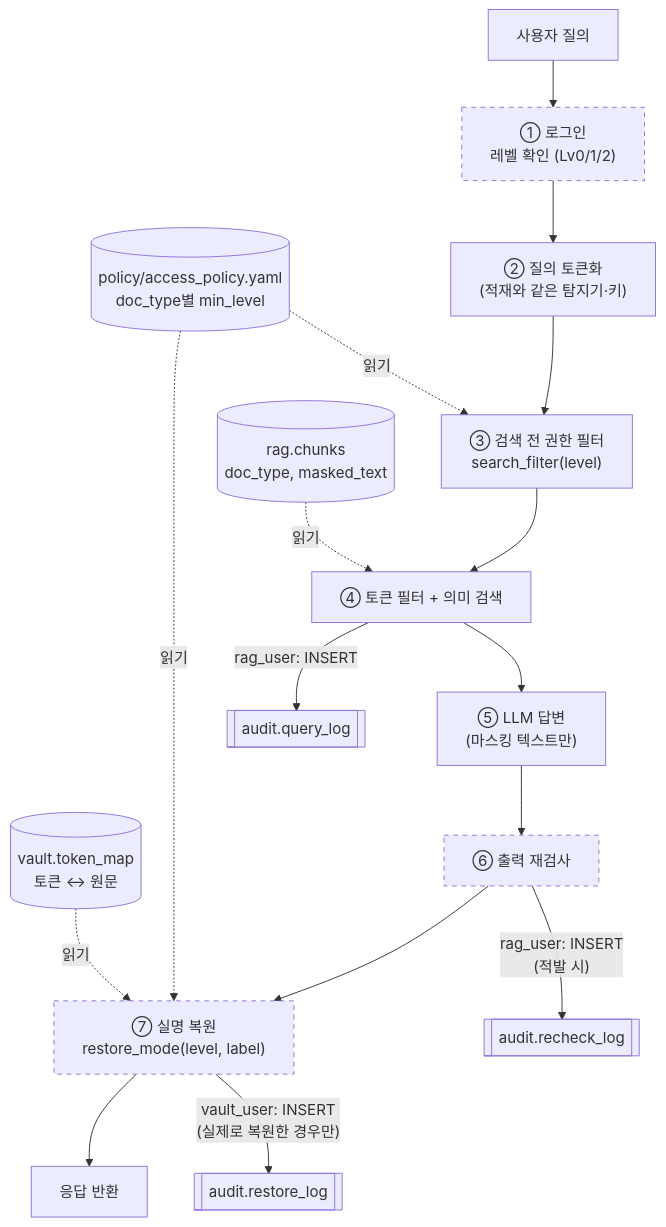
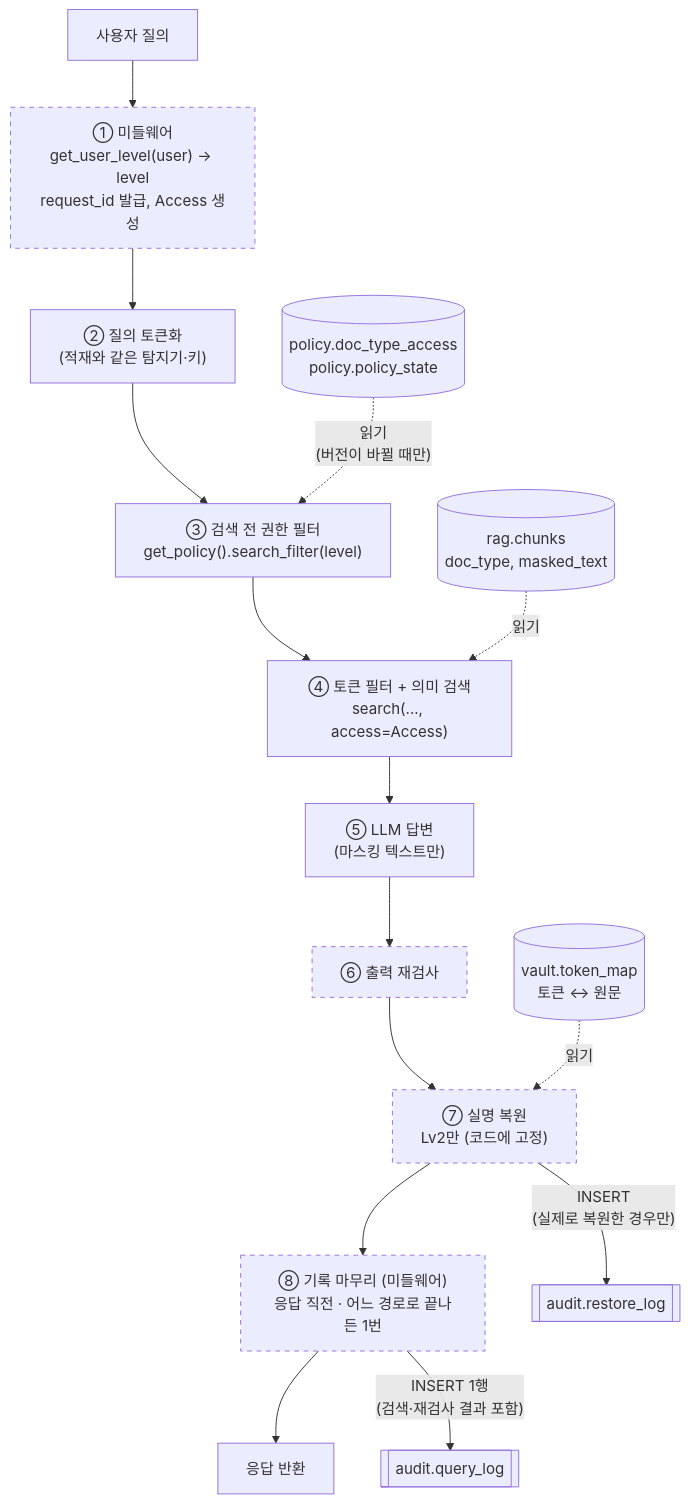
One commit to taewoo26/nlp_like_lion_chatbot_03 changed the first of 3 diagrams in docs/permission_schema.md. Above: the diagram before and after it, drawn with Mermaid. The commit also changed other lines of this file and 17 other files, not shown here.

````diff
--- a/docs/permission_schema.md
+++ b/docs/permission_schema.md
@@ -28,22 +45,21 @@
 ```mermaid
 flowchart TD
-    U["사용자 질의"] --> L["① 로그인<br/>레벨 확인 (Lv0/1/2)"]
-    L --> T["② 질의 토큰화<br/>(적재와 같은 탐지기·키)"]
-    T --> F["③ 검색 전 권한 필터<br/>search_filter(level)"]
-    P[("policy/access_policy.yaml<br/>doc_type별 min_level")] -. 읽기 .-> F
-    F --> S["④ 토큰 필터 + 의미 검색"]
+    U["사용자 질의"] --> MW["① 미들웨어<br/>get_user_level(user) → level<br/>request_id 발급, Access 생성"]
+    MW --> T["② 질의 토큰화<br/>(적재와 같은 탐지기·키)"]
+    T --> F["③ 검색 전 권한 필터<br/>get_policy().search_filter(level)"]
+    P[("policy.doc_type_access<br/>policy.policy_state")] -. "읽기<br/>(버전이 바뀔 때만)" .-> F
+    F --> S["④ 토큰 필터 + 의미 검색<br/>search(..., access=Access)"]
     C[("rag.chunks<br/>doc_type, masked_text")] -. 읽기 .-> S
     S --> G["⑤ LLM 답변<br/>(마스킹 텍스트만)"]
     G --> R["⑥ 출력 재검사"]
-    R --> X["⑦ 실명 복원<br/>restore_mode(level, label)"]
-    P -. 읽기 .-> X
+    R --> X["⑦ 실명 복원<br/>Lv2만 (코드에 고정)"]
     V[("vault.token_map<br/>토큰 ↔ 원문")] -. 읽기 .-> X
-    X --> A["응답 반환"]
+    X --> W["⑧ 기록 마무리 (미들웨어)<br/>응답 직전 · 어느 경로로 끝나든 1번"]
+    W --> A["응답 반환"]
 
-    S -- "rag_user: INSERT" --> QL[["audit.query_log"]]
-    R -- "rag_user: INSERT<br/>(적발 시)" --> RL[["audit.recheck_log"]]
-    X -- "vault_user: INSERT<br/>(실제로 복원한 경우만)" --> SL[["audit.restore_log"]]
+    X -- "INSERT<br/>(실제로 복원한 경우만)" --> SL[["audit.restore_log"]]
+    W -- "INSERT 1행<br/>(검색·재검사 결과 포함)" --> QL[["audit.query_log"]]
 
     classDef todo stroke-dasharray: 5 5
-    class L,R,X todo
+    class MW,R,X,W todo
 ```
````
